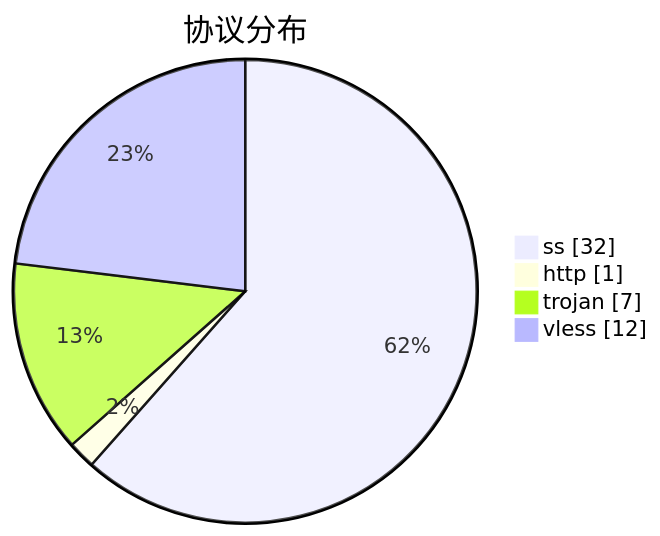
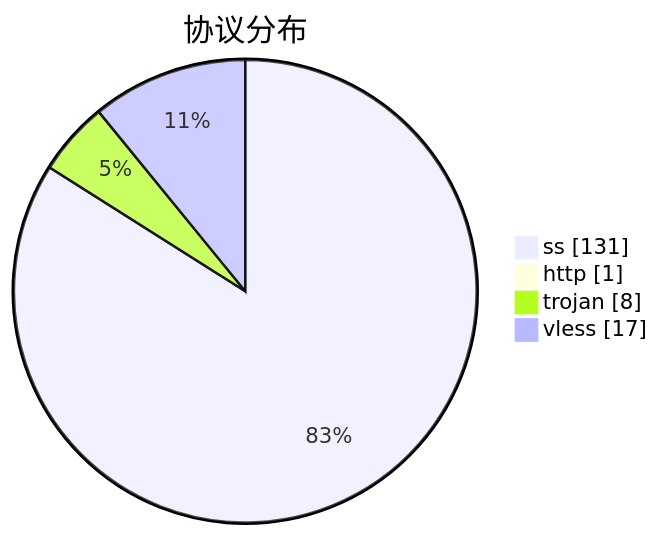
Before and after one commit to qjlxg/airport: the third of 3 diagrams in subs/statistics/tested_within.md, drawn with Mermaid. The commit also changed other lines of this file and 2 other files, not shown here.

````diff
--- a/subs/statistics/tested_within.md
+++ b/subs/statistics/tested_within.md
@@ -15,8 +16,8 @@
 ```mermaid
 pie showData
 title 协议分布
-"ss" : 32
+"ss" : 131
 "http" : 1
-"trojan" : 7
-"vless" : 12
+"trojan" : 8
+"vless" : 17
 ```
````
